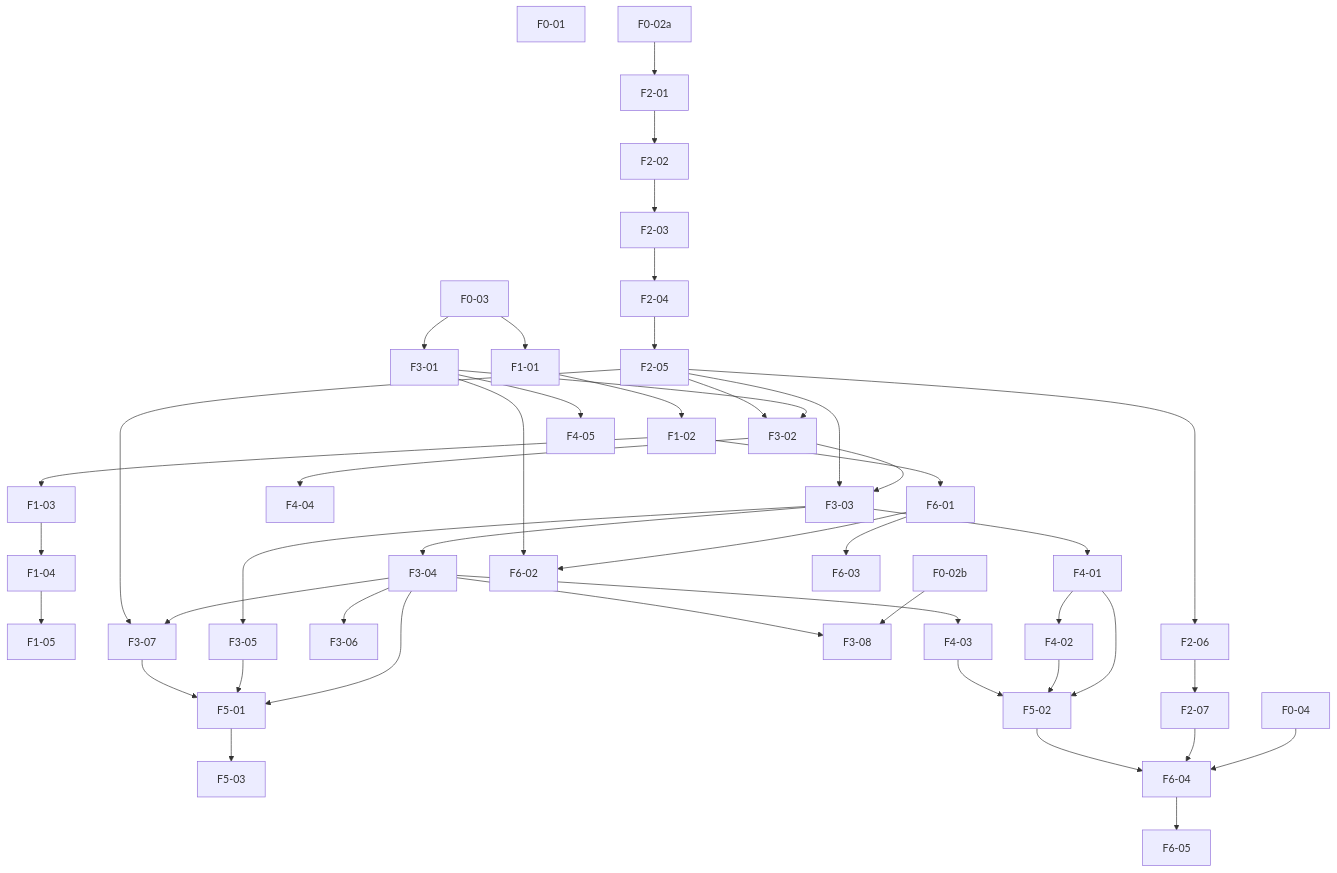
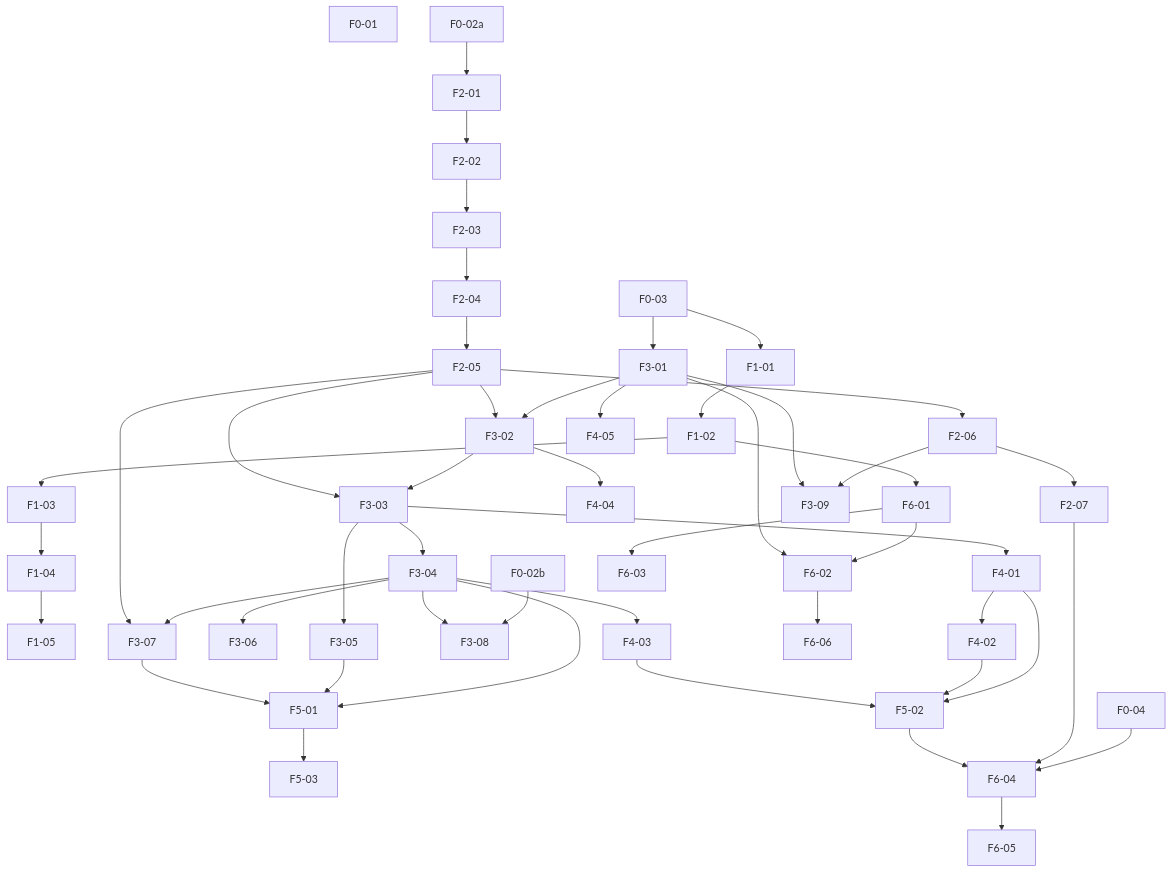
Before and after one commit to Equipo-03-Proyecto10/retail-segmentation: the diagram in docs/backlog.md, drawn with Mermaid. The commit also changed other lines of this file, not shown here.

````diff
--- a/docs/backlog.md
+++ b/docs/backlog.md
@@ -21,46 +21,50 @@
 ```mermaid
 flowchart TD
     F0-01
     F0-02a["F0-02a"]
     F0-02b["F0-02b"]
     F0-03
     F0-04
 
     F0-03 --> F1-01 --> F1-02 --> F1-03 --> F1-04 --> F1-05
 
     F0-02a --> F2-01 --> F2-02 --> F2-03 --> F2-04 --> F2-05 --> F2-06 --> F2-07
 
     F0-03 --> F3-01
     F3-01 --> F3-02
     F2-05 --> F3-02
     F3-02 --> F3-03
     F2-05 --> F3-03
     F3-03 --> F3-04
     F3-03 --> F3-05
     F3-04 --> F3-06
     F3-04 --> F3-07
     F2-05 --> F3-07
     F0-02b --> F3-08
     F3-04 --> F3-08
 
     F3-03 --> F4-01 --> F4-02
     F3-04 --> F4-03
     F3-02 --> F4-04
     F3-01 --> F4-05
 
     F3-04 --> F5-01
     F3-05 --> F5-01
     F3-07 --> F5-01
     F5-01 --> F5-03
     F4-01 --> F5-02
     F4-02 --> F5-02
     F4-03 --> F5-02
 
     F1-02 --> F6-01 --> F6-02
     F3-01 --> F6-02
     F6-01 --> F6-03
     F0-04 --> F6-04
     F2-07 --> F6-04
     F5-02 --> F6-04
     F6-04 --> F6-05
+    F6-02 --> F6-06
+
+    F2-06 --> F3-09
+    F3-01 --> F3-09
 ```
````
